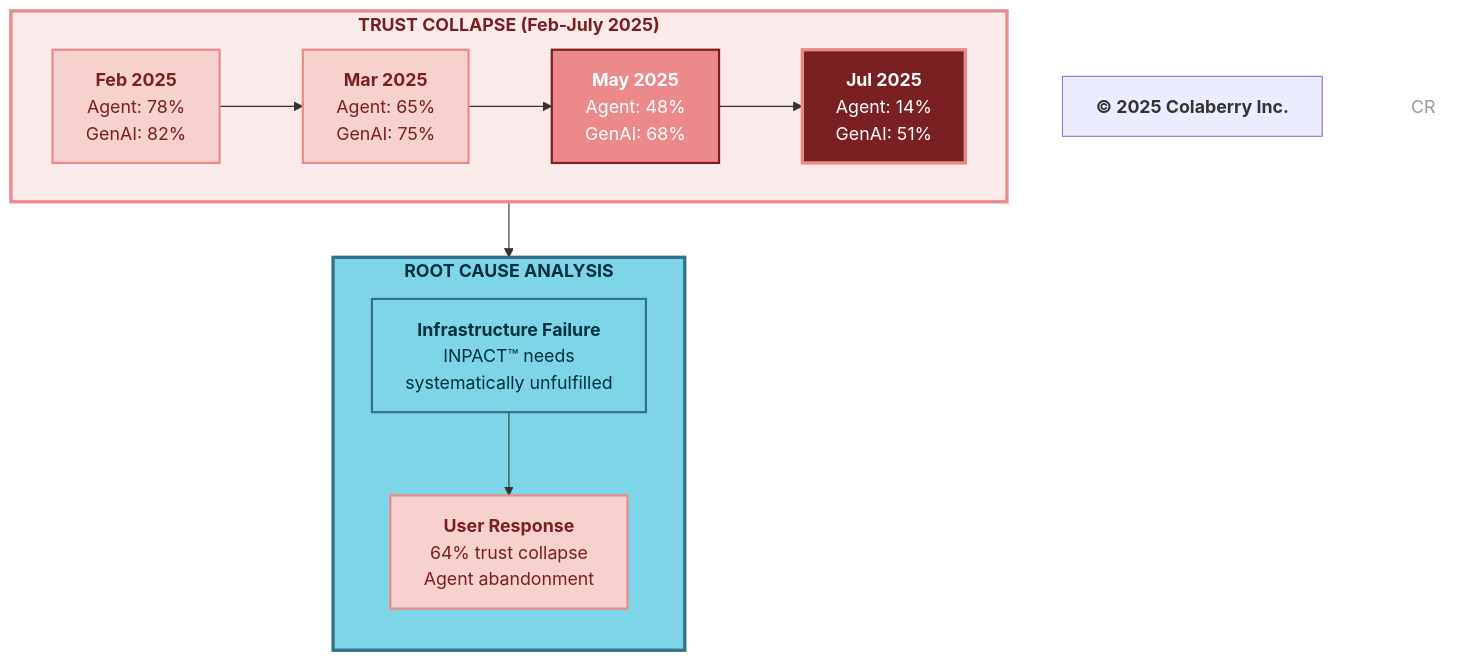
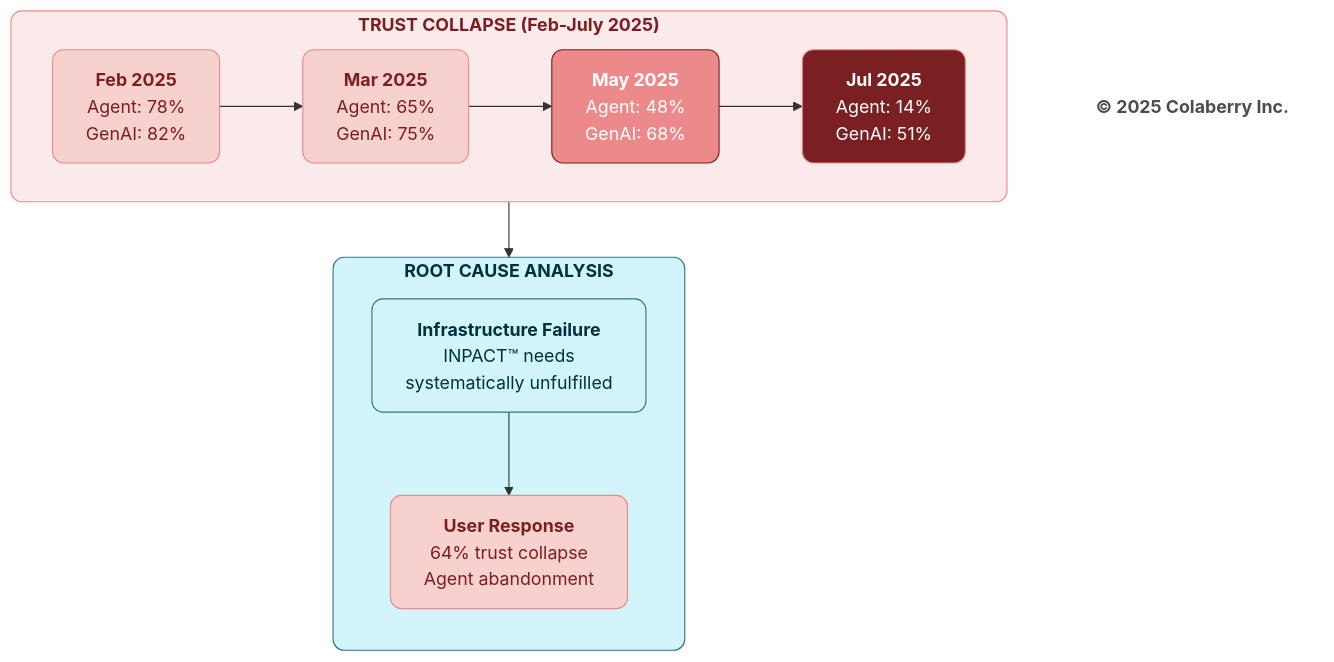
The second of 6 diagrams in manuscript/02_chapter_1_why_agents_fail.md (colaberry/trust-before-intelligence-book), drawn with Mermaid before and after one commit. The commit also changed other lines of this file and 12 other files, not shown here.

````diff
--- a/manuscript/02_chapter_1_why_agents_fail.md
+++ b/manuscript/02_chapter_1_why_agents_fail.md
@@ -133,41 +133,41 @@
 ```mermaid
 graph TB
     subgraph timeline["<b>TRUST COLLAPSE (Feb-July 2025)</b>"]
         direction LR
         
         FEB["<b>Feb 2025</b><br/>Agent: 78%<br/>GenAI: 82%"]
         
         MAR["<b>Mar 2025</b><br/>Agent: 65%<br/>GenAI: 75%"]
         
         MAY["<b>May 2025</b><br/>Agent: 48%<br/>GenAI: 68%"]
         
         JUL["<b>Jul 2025</b><br/>Agent: 14%<br/>GenAI: 51%"]
         
         FEB --> MAR --> MAY --> JUL
     end
     
     subgraph analysis["<b>ROOT CAUSE ANALYSIS</b>"]
         direction TB
         
         CAUSE["<b>Infrastructure Failure</b><br/>INPACT™ needs<br/>systematically unfulfilled"]
         
         RESULT["<b>User Response</b><br/>64% trust collapse<br/>Agent abandonment"]
         
         CAUSE --> RESULT
     end
     
     timeline --> analysis
     
-    style timeline fill:#FBEAEA,stroke:#EB898B,stroke-width:3px,color:#7A1F22
-    style FEB fill:#F6D1CE,stroke:#EB898B,stroke-width:2px,color:#7A1F22
-    style MAR fill:#F6D1CE,stroke:#EB898B,stroke-width:2px,color:#7A1F22
-    style MAY fill:#EB898B,stroke:#7A1F22,stroke-width:2px,color:#ffffff
-    style JUL fill:#7A1F22,stroke:#EB898B,stroke-width:3px,color:#ffffff
+    style timeline fill:#FBEAEA,stroke:#EB898B,stroke-width:1px,color:#7A1F22,rx:10,ry:10
+    style FEB fill:#F6D1CE,stroke:#EB898B,stroke-width:1px,color:#7A1F22,rx:10,ry:10
+    style MAR fill:#F6D1CE,stroke:#EB898B,stroke-width:1px,color:#7A1F22,rx:10,ry:10
+    style MAY fill:#EB898B,stroke:#7A1F22,stroke-width:1px,color:#ffffff,rx:10,ry:10
+    style JUL fill:#7A1F22,stroke:#EB898B,stroke-width:1px,color:#ffffff,rx:10,ry:10
     
-    style analysis fill:#7FD5E8,stroke:#32738C,stroke-width:3px,color:#00323D
-    style CAUSE fill:#7FD5E8,stroke:#32738C,stroke-width:2px,color:#00323D
-    style RESULT fill:#F6D1CE,stroke:#EB898B,stroke-width:2px,color:#7A1F22
+    style analysis fill:#d2f5fc,stroke:#32738C,stroke-width:1px,color:#00323D,rx:10,ry:10
+    style CAUSE fill:#d2f5fc,stroke:#32738C,stroke-width:1px,color:#00323D,rx:10,ry:10
+    style RESULT fill:#F6D1CE,stroke:#EB898B,stroke-width:1px,color:#7A1F22,rx:10,ry:10
     
     Copyright["<b>© 2025 Colaberry Inc.</b>"]
-    style CR fill:none,stroke:none,color:#999999
+style Copyright fill:none,stroke:none,color:#4D4D4D
 ```
````
